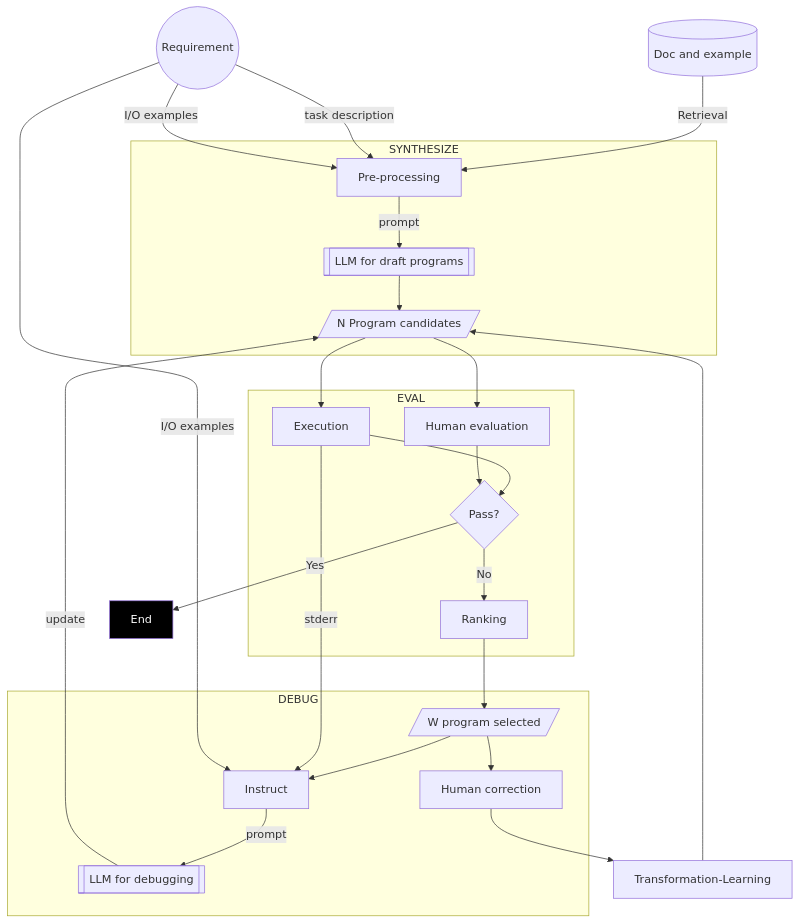
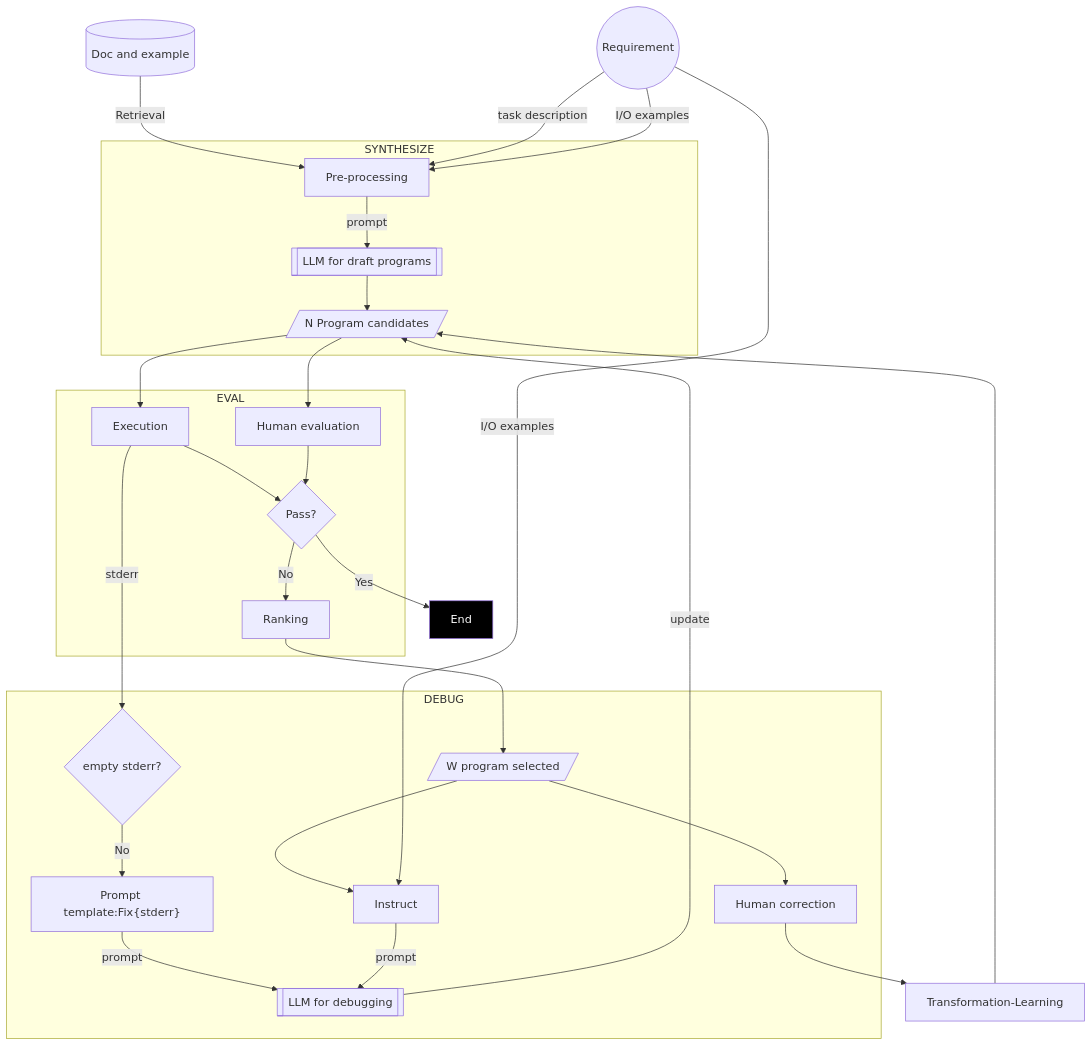
One commit to AI-LLM/ai-llm.github.io changed the second of 2 diagrams in Code-Generation.md. Above: the diagram before and after it, drawn with Mermaid.

````diff
--- a/Code-Generation.md
+++ b/Code-Generation.md
@@ -59,30 +59,32 @@
 ```mermaid
 graph TD;
 classDef INV fill:black,color:white;
 doc[(Doc and example)] -- Retrieval --> Pre-processing
 S((Requirement)) -- task description --> Pre-processing
 S -- I/O examples --> Pre-processing
 subgraph SYNTHESIZE
 Pre-processing -- prompt --> LLMsynth[[LLM for draft programs]]
 LLMsynth --> PN[/N Program candidates/]
 end
 PN --> Evaluation[Human evaluation]
 PN --> Execution
 subgraph EVAL
 Execution --> Suc{Pass?} -- No -->Ranking
 Evaluation --> Suc
 end
 Suc -- Yes --> End
 class End INV;
 Ranking --> PS[/W program selected/]
 subgraph DEBUG
+Execution -- stderr --> err{empty stderr?}
+err -- No --> PT1["Prompt template:Fix{stderr}"] 
+PT1 -- prompt --> LLMdebug
 PS --> Instruct
-Execution -- stderr --> Instruct
 Instruct -- prompt --> LLMdebug[[LLM for debugging]]
 PS --> Correction[Human correction]
 end
 S -- I/O examples --> Instruct
 LLMdebug -- update --> PN
 Correction --> Transformation-Learning
 Transformation-Learning --> PN
 ```
````
